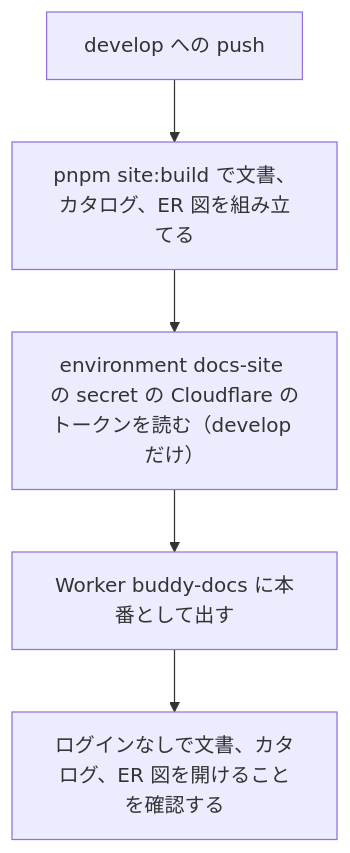
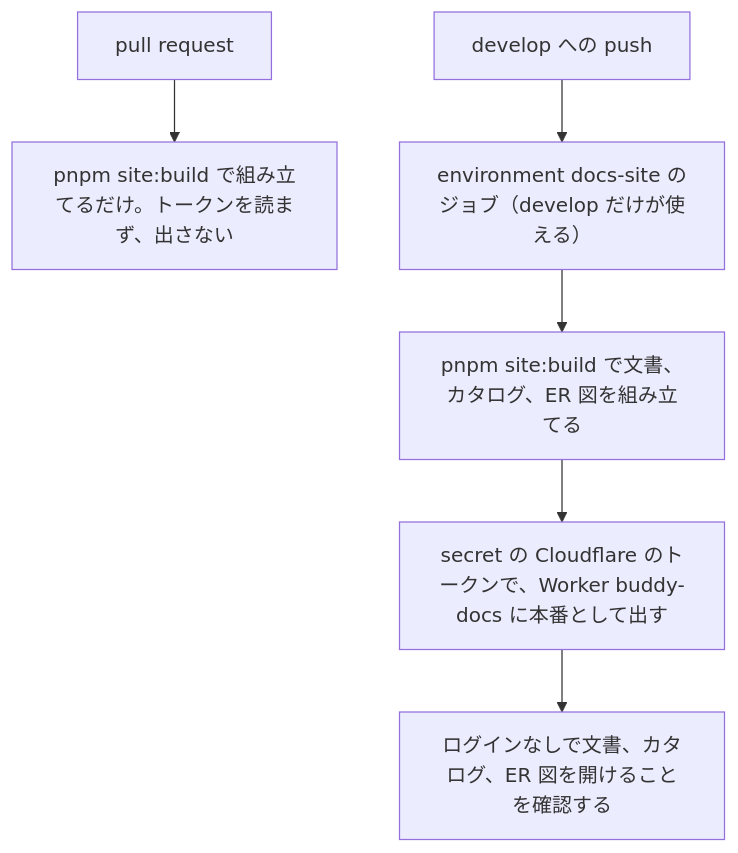
One commit to Fukuemon/buddy changed the second of 2 diagrams in docs/adr/0004-design-system.md. Above: the diagram before and after it, drawn with Mermaid. The commit also changed other lines of this file, not shown here.

First line of the commit message:
docs(adr): ADR-0004 にトークンの範囲を Worker に絞る判断と、もとのテーマの事実を戻す #732

````diff
--- a/docs/adr/0004-design-system.md
+++ b/docs/adr/0004-design-system.md
@@ -156,7 +158,8 @@
 ```mermaid
 flowchart TB
-    push["develop への push"] --> build["pnpm site:build で文書、カタログ、ER 図を組み立てる"]
-    build --> env["environment docs-site の secret の Cloudflare のトークンを読む（develop だけ）"]
-    env --> deploy["Worker buddy-docs に本番として出す"]
+    pr["pull request"] --> prbuild["pnpm site:build で組み立てるだけ。トークンを読まず、出さない"]
+    push["develop への push"] --> env["environment docs-site のジョブ（develop だけが使える）"]
+    env --> build["pnpm site:build で文書、カタログ、ER 図を組み立てる"]
+    build --> deploy["secret の Cloudflare のトークンで、Worker buddy-docs に本番として出す"]
     deploy --> check["ログインなしで文書、カタログ、ER 図を開けることを確認する"]
 ```
````
